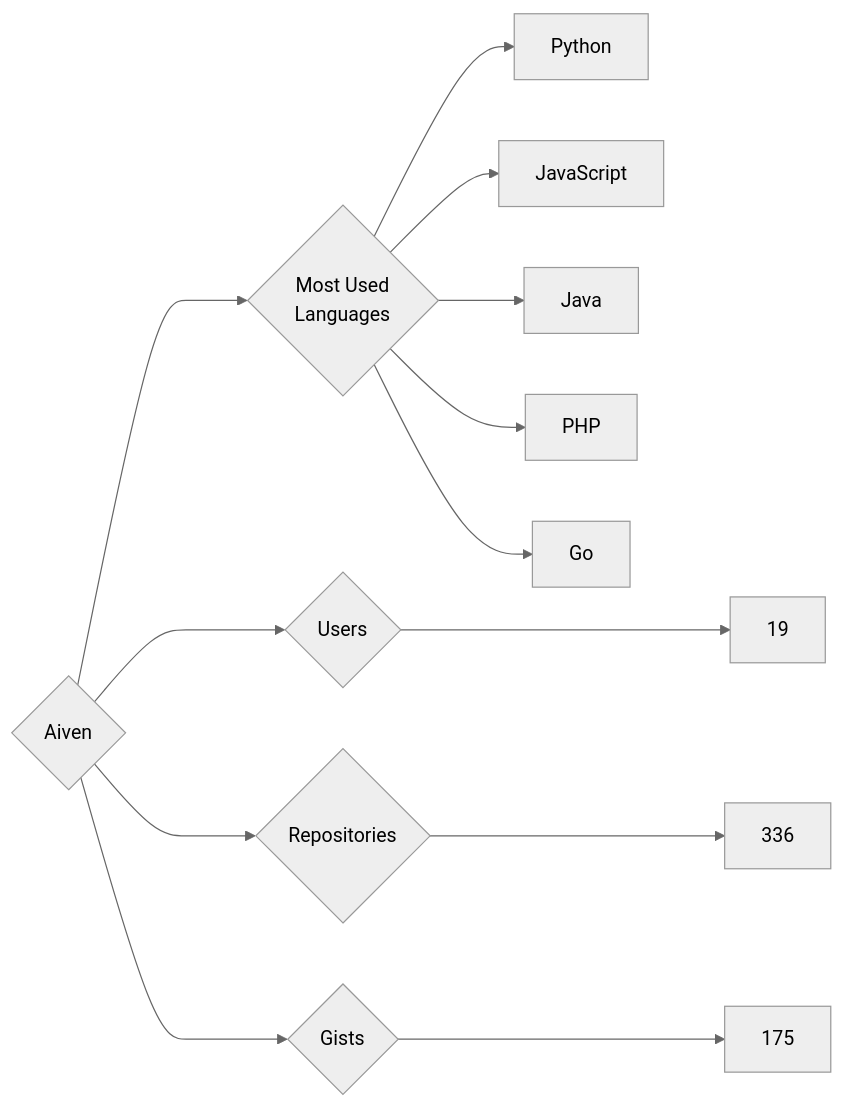
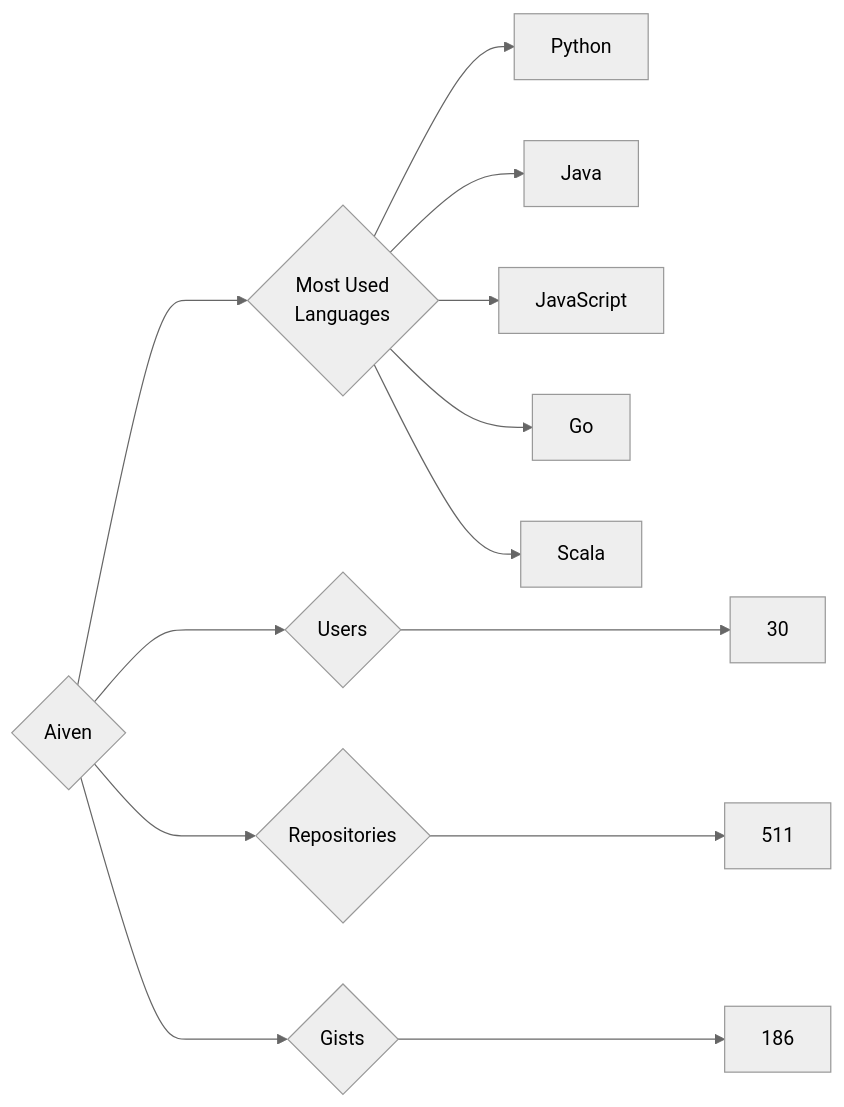
Before and after one commit to trickest/insiders: the diagram in targets/Aiven/README.md, drawn with Mermaid (neutral theme). The commit also changed 693 other files, not shown here.

````diff
--- a/targets/Aiven/README.md
+++ b/targets/Aiven/README.md
@@ -3,13 +3,13 @@
 ```mermaid
 graph LR
 COMPANY_NAME{Aiven}
-COMPANY_NAME ---> U{Users} ---> UN[19]
-COMPANY_NAME ---> R{Repositories} ---> RN[336]
-COMPANY_NAME ---> G{Gists} ---> GN[175]
+COMPANY_NAME ---> U{Users} ---> UN[30]
+COMPANY_NAME ---> R{Repositories} ---> RN[511]
+COMPANY_NAME ---> G{Gists} ---> GN[186]
 COMPANY_NAME ---> ML{Most Used<br>Languages}
 ML --> Python[Python]
+ML --> Java[Java]
 ML --> JavaScript[JavaScript]
-ML --> Java[Java]
-ML --> PHP[PHP]
 ML --> Go[Go]
+ML --> Scala[Scala]
 ```
````
